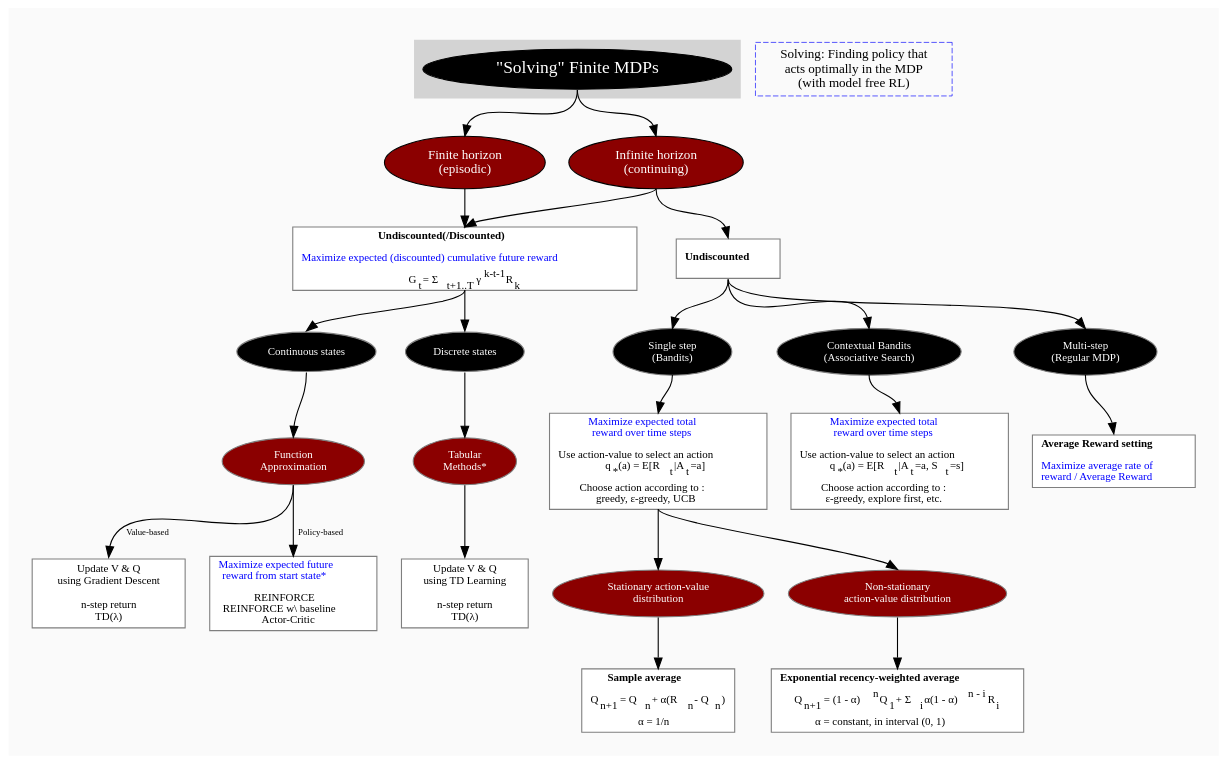
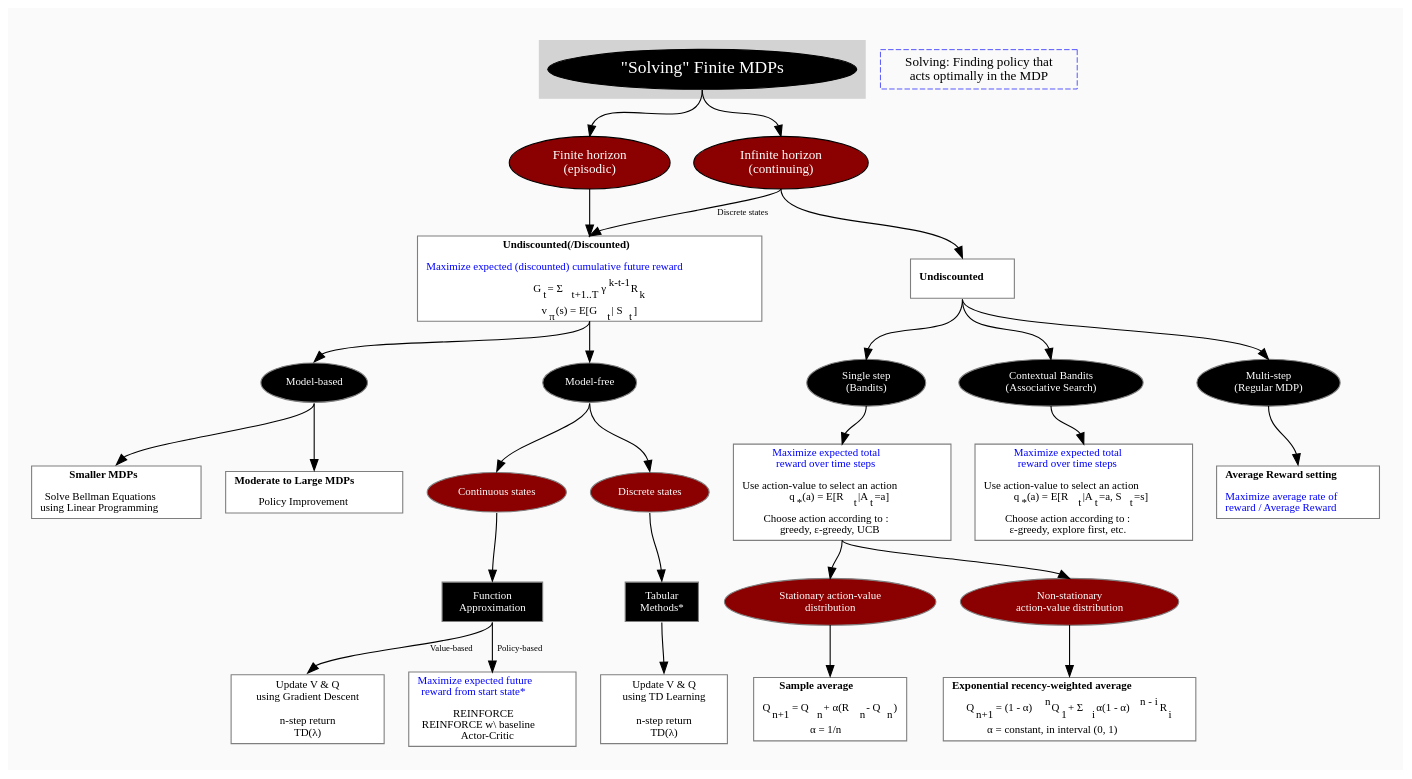
One commit to amy12xx/ml_notes_and_reports changed the diagram in solving_mdps_with_model_free_rl/solving_mdps_with_model_free_rl.dot. Above: the diagram before and after it, drawn with Graphviz. The commit also changed 1 other file, not shown here.

```diff
--- a/solving_mdps_with_model_free_rl/solving_mdps_with_model_free_rl.dot
+++ b/solving_mdps_with_model_free_rl/solving_mdps_with_model_free_rl.dot
@@ -1,171 +1,193 @@
 digraph G {
 splines=true
 bgcolor=grey98
 pad=0.3
 style=filled
 edge[minlen=2]
 edge[headport=n, tailport=s, label=""]
 node[style=filled, fontcolor=white]
 ranksep=0.1
 nodesep=0.3
 
 
 // LEVEL 1
 subgraph cluster_0 {
 style=filled
 color=lightgrey
 fontsize=12
 node[fillcolor=black, fontcolor=white, fontsize=16]
 a1[label="\"Solving\" Finite MDPs"]
 //label = "Solving \: finding policy that acts optimally\n in the MDP";
 //labelloc = "b";
 }
 
 
 // LEVEL 2
 node[fillcolor=red4, fontsize=12]
 b1[label="Finite horizon \n(episodic)"]
 node[fillcolor=red4, fontsize=12]
 b2[label="Infinite horizon \n(continuing)"]
 a1-> b1
 a1-> b2
 
 
 // LEVEL 3
 node[fontcolor=black, fontsize=10]
 node[shape=box, fillcolor=white, color=grey50]
 c1[label=<<b>Undiscounted(/Discounted)</b> <br/><br/>
 <font color="blue">Maximize expected (discounted) cumulative future reward</font>
 <br/><br/>
 G<sub>t</sub> = &Sigma;<sub>t+1..T</sub>&gamma;<sup>k-t-1</sup>R<sub>k</sub>
+<br/><br/>
+v<sub>&pi;</sub>(s) = E[G<sub>t</sub> | S<sub>t</sub>]
 >]
 node[shape=box, fillcolor=white, color=grey50]
 c3[label=<<b>Undiscounted</b>>]
 edge[headport=n, tailport=s, label="", style=filled]
 b1-> c1
+edge[label="Discrete states", fontsize=8]
 b2-> c1
+edge[label="", fontsize=8]
 b2-> c3
 
 
+node[fillcolor=black, fontsize=10, shape=ellipse, fontcolor=white]
+k1[label="Model-based"]
+node[fillcolor=black, fontsize=10, shape=ellipse, fontcolor=white]
+k2[label="Model-free"]
+c1-> k1
+c1-> k2
+
 // LEVEL 4
-node[style="filled", shape=ellipse, fillcolor=black, fontcolor=white, fontsize=10]
+node[style="filled", shape=ellipse, fillcolor=red4, fontcolor=white, fontsize=10]
 d2[label="Continuous states"]
-node[style="filled", shape=ellipse, fillcolor=black, fontcolor=white, fontsize=10]
+node[style="filled", shape=ellipse, fillcolor=red4, fontcolor=white, fontsize=10]
 d1[label="Discrete states"]
-c1-> d1
-c1-> d2
+k2-> d1
+k2-> d2
 
+node[fontcolor=black, fontsize=10]
+node[shape=box, fillcolor=white, color=grey50]
+l1[label=<<b>Smaller MDPs</b> <br/><br/>
+Solve Bellman Equations <br/>using Linear Programming
+>]
+node[shape=box, fillcolor=white, color=grey50]
+l2[label=<<b>Moderate to Large MDPs</b> <br/><br/>
+Policy Improvement
+>]
+k1-> l1
+k1-> l2
 
 // LEVEL 5
-node[fillcolor=red4, fontcolor=white, fontsize=10]
+node[fillcolor=black, fontcolor=white, fontsize=10]
 e1[label="Tabular \nMethods\*"]
 d1-> e1
 
-node[fillcolor=red4, fontcolor=white, fontsize=10]
+node[fillcolor=black, fontcolor=white, fontsize=10]
 e2[label="Function \nApproximation"]
 d2-> e2
 
 
 // LEVEL 6
 node[fillcolor=white, fontcolor=black, shape=box, fontsize=10]
 f1[label="Update V & Q \nusing TD Learning \n \nn\-step return \nTD\(&lambda;\)"]
 e1-> f1
 
 node[fillcolor=white, fontcolor=black, shape=box, fontsize=10]
 f2[label="Update V & Q \nusing Gradient Descent \n \nn\-step return \nTD\(&lambda;\)"]
 edge[label="Value-based", fontsize=8]
 e2-> f2
 
 node[fillcolor=white, fontcolor=black, shape=box, fontsize=10]
 f3[label=<
 <font color="blue">Maximize expected future <br/>
 reward from start state* </font> <br/><br/> REINFORCE <br/>REINFORCE w\ baseline <br/>Actor-Critic
 >]
 edge[label="Policy-based", fontsize=8]
 e2-> f3
 
 
 node[fillcolor=black, shape=ellipse, fontcolor=white, fontsize=10]
 g1[label="Single step \n \(Bandits\)"]
 edge[label="", minlen=2]
 c3-> g1
 
 node[fillcolor=black, shape=ellipse, fontcolor=white, fontsize=10]
 g2[label="Contextual Bandits \n(Associative Search)"]
 edge[label="", minlen=2]
 c3-> g2
 
 node[fillcolor=black, shape=ellipse, fontcolor=white, fontsize=10]
 g3[label="Multi\-step \n\(Regular MDP\)"]
 edge[label="", minlen=2]
 c3-> g3
 
 
 node[fillcolor=white, fontcolor=black, shape=box, fontsize=10]
 h1[label=<<font color="blue">Maximize expected total <BR/>
 reward over time steps </font><BR/><BR/>
 Use action-value to select an action <BR/>
 q<sub>*</sub>(a) = E[R<sub>t</sub>|A<sub>t</sub>=a]
 <br/><br/>
 Choose action according to :<br/>
 greedy, &epsilon;-greedy, UCB
 >]
 edge[headport=n, tailport=s, label="", fontsize=8]
 g1-> h1
 
 node[fillcolor=white, fontcolor=black, shape=box, fontsize=10]
 h2[label=<<font color="blue">Maximize expected total <BR/>
 reward over time steps </font><BR/><BR/>
 Use action-value to select an action <BR/>
 q<sub>*</sub>(a) = E[R<sub>t</sub>|A<sub>t</sub>=a, S<sub>t</sub>=s]
 <br/><br/>
 Choose action according to :<br/>
 &epsilon;-greedy, explore first, etc.
 >]
 edge[headport=n, tailport=s, label="", fontsize=8]
 g2-> h2
 
 node[style="filled", shape=ellipse, fillcolor=red4, fontcolor=white, fontsize=10]
 i1[label="Stationary action-value \ndistribution"]
 node[style="filled", shape=ellipse, fillcolor=red4, fontcolor=white, fontsize=10]
 i2[label="Non-stationary \naction-value distribution"]
 h1-> i1
 h1-> i2
 
 node[fillcolor=white, fontcolor=black, shape=box, fontsize=10]
 j1[label=<
 <B>Sample average</B> <BR/><BR/>
 Q<sub>n+1</sub> = Q<sub>n</sub> + &alpha;(R<sub>n</sub> - Q<sub>n</sub>)
 <BR/><BR/>
 &alpha; = 1/n
 >]
 edge[label="", fontsize=8]
 i1-> j1
 
 node[fillcolor=white, fontcolor=black, shape=box, fontsize=10]
 j2[label=<
 <B>Exponential recency-weighted average</B><BR/><BR/>
 Q<sub>n+1</sub> = (1 - &alpha;)<sup>n</sup>Q<sub>1</sub> + &Sigma;<sub>i</sub> &alpha;(1 - &alpha;)<sup>n - i</sup>R<sub>i</sub>
 <BR/><BR/>
 &alpha; = constant, in interval (0, 1)
 >]
 edge[label="", fontsize=8]
 i2-> j2
 
 node[fillcolor=white, fontcolor=black, shape=box, fontsize=10]
 h3[label=<
 <b>Average Reward setting</b>
 <br/><br/>
 <font color="blue">Maximize average rate of <br/> reward / Average Reward</font>
 >]
 edge[label="", fontsize=8]
 g3-> h3
 
 // REMARQUES EN BLEU
 node[color=blue, shape=box, margin=0.07, fontcolor=black, fontsize=12, style="dashed", penwidth=0.6]
 //edge[color=blue, arrowhead="none", xlabel="", style="dashed", penwidth=0.6]
- r1[label="Solving: Finding policy that \n acts optimally in the MDP \n(with model free RL)"]
+ r1[label="Solving: Finding policy that \n acts optimally in the MDP"]
 // {rank=same;->r1}
 // {rank=same;r1->[dir=back]}
 
 }
```
